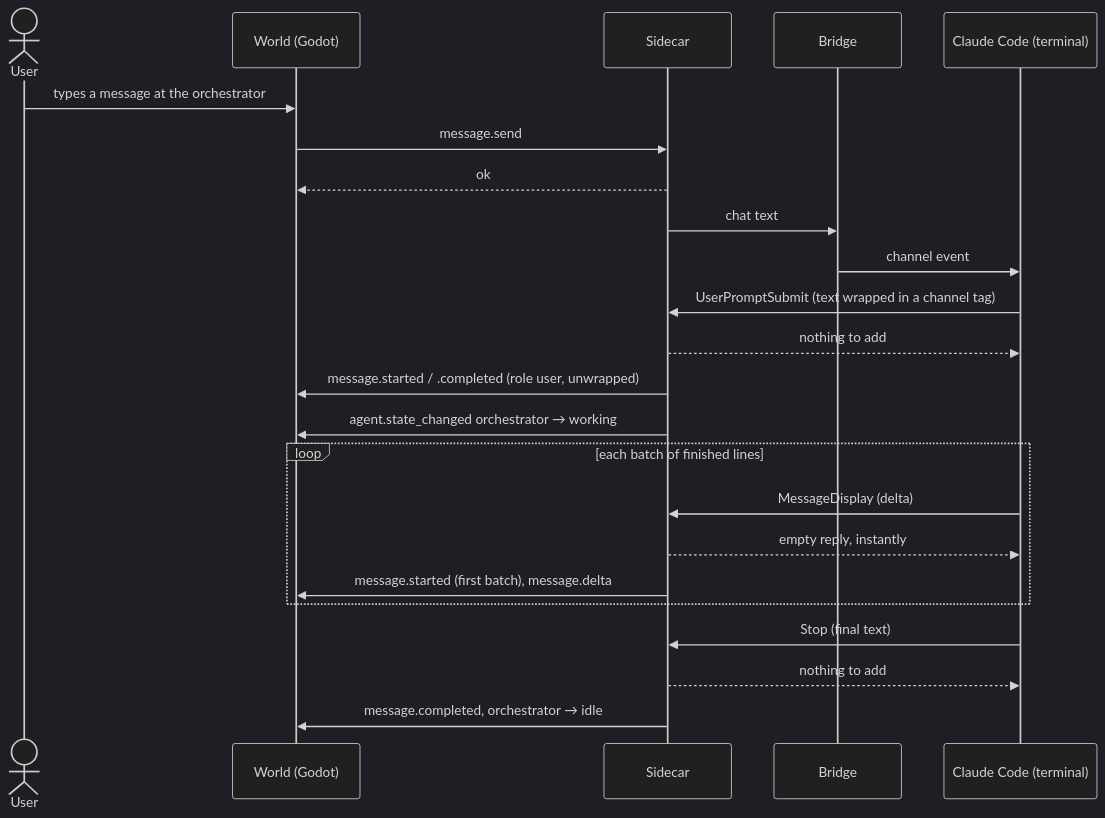
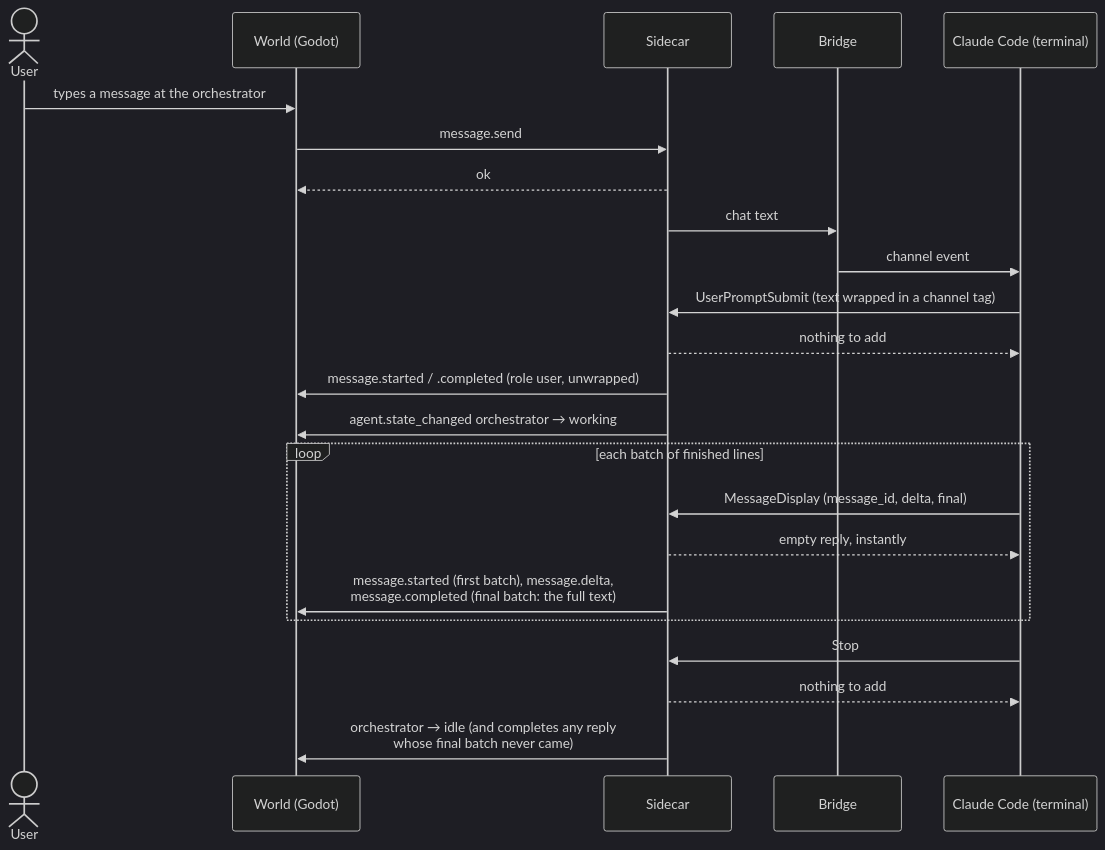
One commit to PaoloPortugal/The-Beach changed the third of 8 diagrams in docs/flows.md. Above: the diagram before and after it, drawn with Mermaid (dark theme). The commit also changed other lines of this file and 6 other files, not shown here.

````diff
--- a/docs/flows.md
+++ b/docs/flows.md
@@ -111,26 +113,26 @@
 ```mermaid
 sequenceDiagram
     actor User
     participant World as World (Godot)
     participant Sidecar
     participant Bridge
     participant Claude as Claude Code (terminal)
 
     User->>World: types a message at the orchestrator
     World->>Sidecar: message.send
     Sidecar-->>World: ok
     Sidecar->>Bridge: chat text
     Bridge->>Claude: channel event
     Claude->>Sidecar: UserPromptSubmit (text wrapped in a channel tag)
     Sidecar-->>Claude: nothing to add
     Sidecar->>World: message.started / .completed (role user, unwrapped)
     Sidecar->>World: agent.state_changed orchestrator → working
     loop each batch of finished lines
-        Claude->>Sidecar: MessageDisplay (delta)
+        Claude->>Sidecar: MessageDisplay (message_id, delta, final)
         Sidecar-->>Claude: empty reply, instantly
-        Sidecar->>World: message.started (first batch), message.delta
+        Sidecar->>World: message.started (first batch), message.delta,<br/>message.completed (final batch: the full text)
     end
-    Claude->>Sidecar: Stop (final text)
+    Claude->>Sidecar: Stop
     Sidecar-->>Claude: nothing to add
-    Sidecar->>World: message.completed, orchestrator → idle
+    Sidecar->>World: orchestrator → idle (and completes any reply<br/>whose final batch never came)
 ```
````
